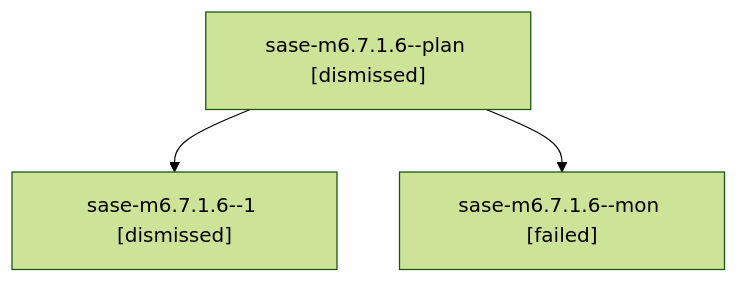
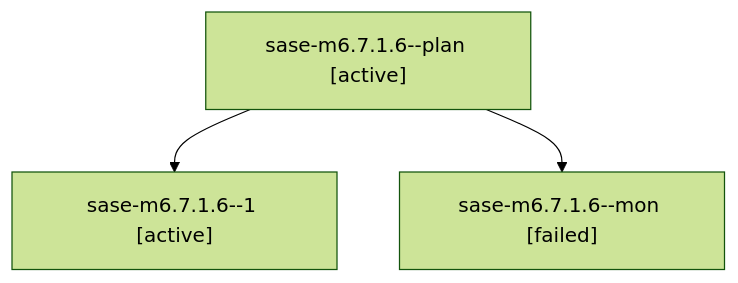
One commit to sase-org/sase--agents changed the diagram in families/bbugyi200.athena.sase-m6.7.1.6.md. Above: the diagram before and after it, drawn with Mermaid (forest theme). The commit also changed other lines of this file and 35830 other files, not shown here.

````diff
--- a/families/bbugyi200.athena.sase-m6.7.1.6.md
+++ b/families/bbugyi200.athena.sase-m6.7.1.6.md
@@ -9,8 +9,8 @@
 ```mermaid
 flowchart TD
-  n0["sase-m6.7.1.6--plan [dismissed]"]
-  n1["sase-m6.7.1.6--1 [dismissed]"]
+  n0["sase-m6.7.1.6--plan [active]"]
+  n1["sase-m6.7.1.6--1 [active]"]
   n0 --> n1
   n2["sase-m6.7.1.6--mon [failed]"]
   n0 --> n2
 ```
````
